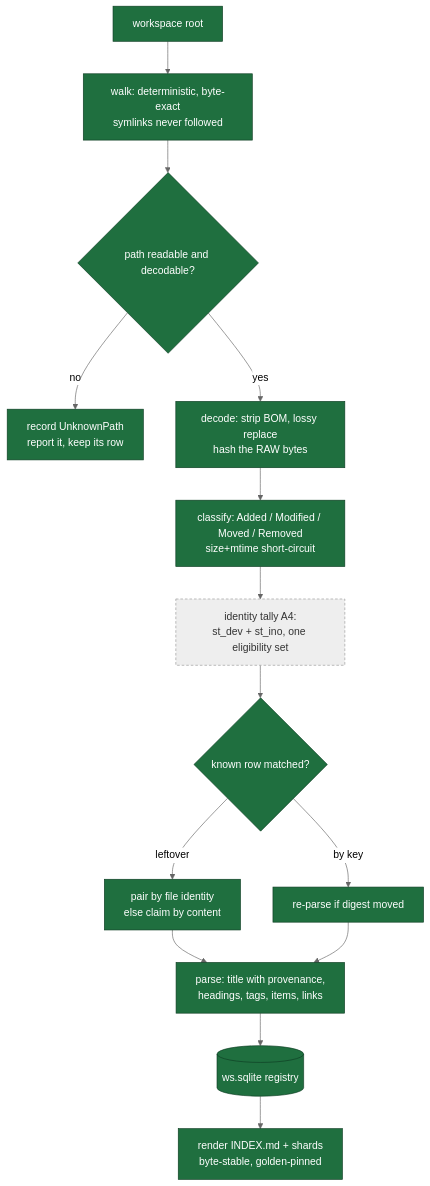
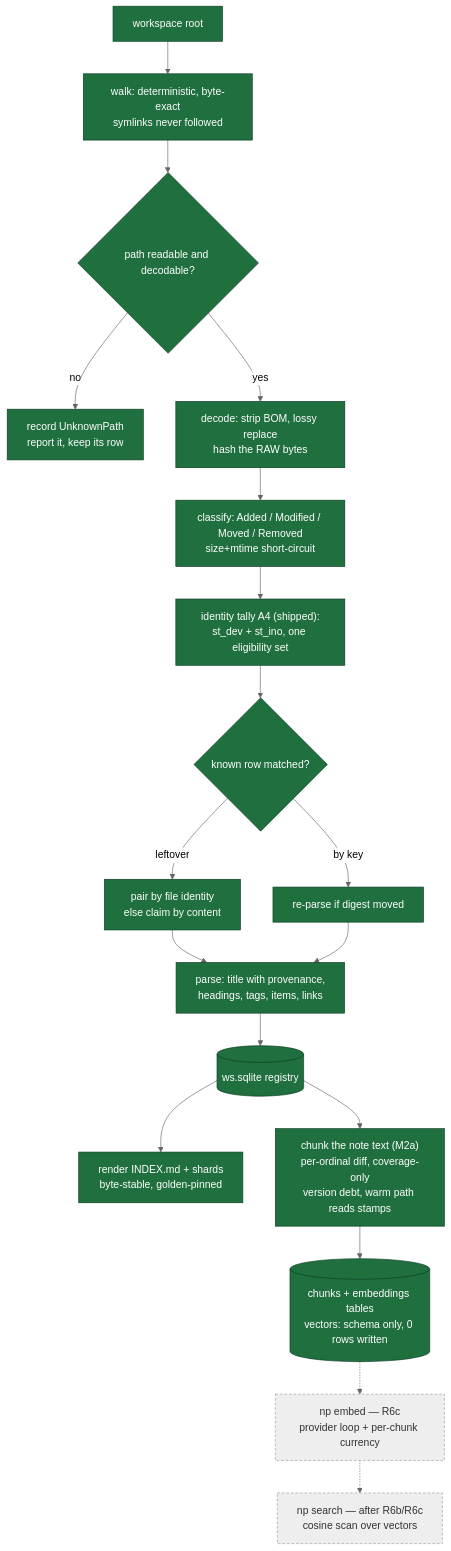
One commit to Ex-Bot-01/note-processor changed the first of 3 diagrams in docs/plan-2026-10-28-state-and-roadmap.md. Above: the diagram before and after it, drawn with Mermaid (neutral theme). The commit also changed other lines of this file and 1 other file, not shown here.

````diff
--- a/docs/plan-2026-10-28-state-and-roadmap.md
+++ b/docs/plan-2026-10-28-state-and-roadmap.md
@@ -18,21 +25,26 @@
 ```mermaid
 flowchart TD
     A["workspace root"] --> B["walk: deterministic, byte-exact<br/>symlinks never followed"]
     B --> C{"path readable and decodable?"}
     C -- "no" --> C1["record UnknownPath<br/>report it, keep its row"]
     C -- "yes" --> D["decode: strip BOM, lossy replace<br/>hash the RAW bytes"]
     D --> E["classify: Added / Modified / Moved / Removed<br/>size+mtime short-circuit"]
-    E --> F["identity tally A4:<br/>st_dev + st_ino, one eligibility set"]
+    E --> F["identity tally A4 (shipped):<br/>st_dev + st_ino, one eligibility set"]
     F --> G{"known row matched?"}
     G -- "by key" --> H["re-parse if digest moved"]
     G -- "leftover" --> I["pair by file identity<br/>else claim by content"]
     I --> J["parse: title with provenance,<br/>headings, tags, items, links"]
     H --> J
     J --> K[("ws.sqlite registry")]
     K --> L["render INDEX.md + shards<br/>byte-stable, golden-pinned"]
+    K --> M["chunk the note text (M2a)<br/>per-ordinal diff, coverage-only<br/>version debt, warm path reads stamps"]
+    M --> N[("chunks + embeddings tables<br/>vectors: schema only, 0 rows written")]
 
     classDef shipped fill:#1f6f3f,color:#fff,stroke:#0d3d22
-    class A,B,C,C1,D,E,G,H,I,J,K,L shipped
+    class A,B,C,C1,D,E,F,G,H,I,J,K,L,M,N shipped
+
+    N -.-> O["np embed — R6c<br/>provider loop + per-chunk currency"]
+    O -.-> P["np search — after R6b/R6c<br/>cosine scan over vectors"]
     classDef planned fill:#eee,stroke:#999,color:#333,stroke-dasharray: 4 3
-    class F planned
+    class O,P planned
 ```
````
